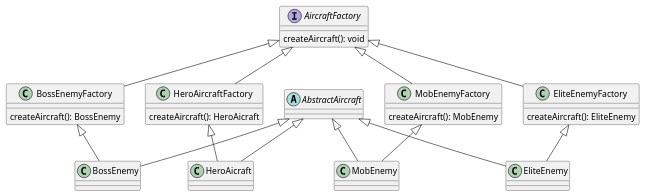
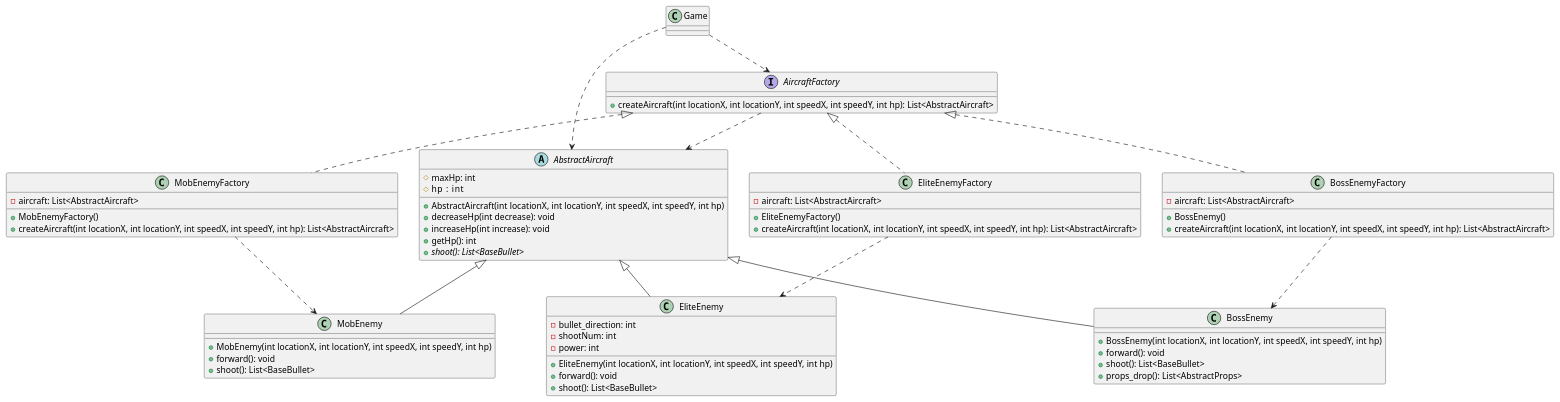
Before and after one commit to Pockern/AircraftWar: the diagram in uml/aircraftFactory.puml, drawn with PlantUML. The commit also changed 7 other files, not shown here.

Commit message:
exp2 with uml

```diff
--- a/uml/aircraftFactory.puml
+++ b/uml/aircraftFactory.puml
@@ -1,58 +1,83 @@
 @startuml
 'https://plantuml.com/class-diagram
 
-AircraftFactory <|-- HeroAircraftFactory
-AircraftFactory <|-- MobEnemyFactory
-AircraftFactory <|-- EliteEnemyFactory
-AircraftFactory <|-- BossEnemyFactory
+Game ..> AircraftFactory
+Game ..> AbstractAircraft
 
-AbstractAircraft <|-- HeroAicraft
+AircraftFactory ..> AbstractAircraft
+
+AircraftFactory <|.. MobEnemyFactory
+AircraftFactory <|.. EliteEnemyFactory
+AircraftFactory <|.. BossEnemyFactory
+
 AbstractAircraft <|-- MobEnemy
 AbstractAircraft <|-- EliteEnemy
 AbstractAircraft <|-- BossEnemy
 
-HeroAircraftFactory <|-- HeroAicraft
-MobEnemyFactory     <|-- MobEnemy
-EliteEnemyFactory   <|-- EliteEnemy
-BossEnemyFactory    <|-- BossEnemy
+MobEnemyFactory   ..> MobEnemy
+EliteEnemyFactory ..> EliteEnemy
+BossEnemyFactory  ..> BossEnemy
+
+class Game {
+
+}
 
 interface AircraftFactory {
-    createAircraft(): void
-}
-
-class HeroAircraftFactory {
-    createAircraft(): HeroAicraft
+    + createAircraft(int locationX, int locationY, int speedX, int speedY, int hp): List<AbstractAircraft>
 }
 
 class MobEnemyFactory {
-    createAircraft(): MobEnemy
+    - aircraft: List<AbstractAircraft>
+    + MobEnemyFactory()
+    + createAircraft(int locationX, int locationY, int speedX, int speedY, int hp): List<AbstractAircraft>
 }
 
 class EliteEnemyFactory {
-    createAircraft(): EliteEnemy
+    - aircraft: List<AbstractAircraft>
+    + EliteEnemyFactory()
+    + createAircraft(int locationX, int locationY, int speedX, int speedY, int hp): List<AbstractAircraft>
 }
 
 class BossEnemyFactory {
-    createAircraft(): BossEnemy
+    - aircraft: List<AbstractAircraft>
+    + BossEnemy()
+    + createAircraft(int locationX, int locationY, int speedX, int speedY, int hp): List<AbstractAircraft>
 }
 
 abstract class AbstractAircraft {
+    # maxHp: int
+    # hp   : int
 
-}
-
-class HeroAicraft {
-
+    + AbstractAircraft(int locationX, int locationY, int speedX, int speedY, int hp)
+    + decreaseHp(int decrease): void
+    + increaseHp(int increase): void
+    + getHp(): int
+    + {abstract} shoot(): List<BaseBullet>
 }
 
 class MobEnemy {
 
+    + MobEnemy(int locationX, int locationY, int speedX, int speedY, int hp)
+    + forward(): void
+    + shoot(): List<BaseBullet>
 }
 
 class EliteEnemy {
+    - bullet_direction: int
+    - shootNum: int
+    - power: int
 
+    + EliteEnemy(int locationX, int locationY, int speedX, int speedY, int hp)
+    + forward(): void
+    + shoot(): List<BaseBullet>
 }
 
 class BossEnemy {
 
+    + BossEnemy(int locationX, int locationY, int speedX, int speedY, int hp)
+    + forward(): void
+    + shoot(): List<BaseBullet>
+    + props_drop(): List<AbstractProps>
 }
+
 @enduml
```
